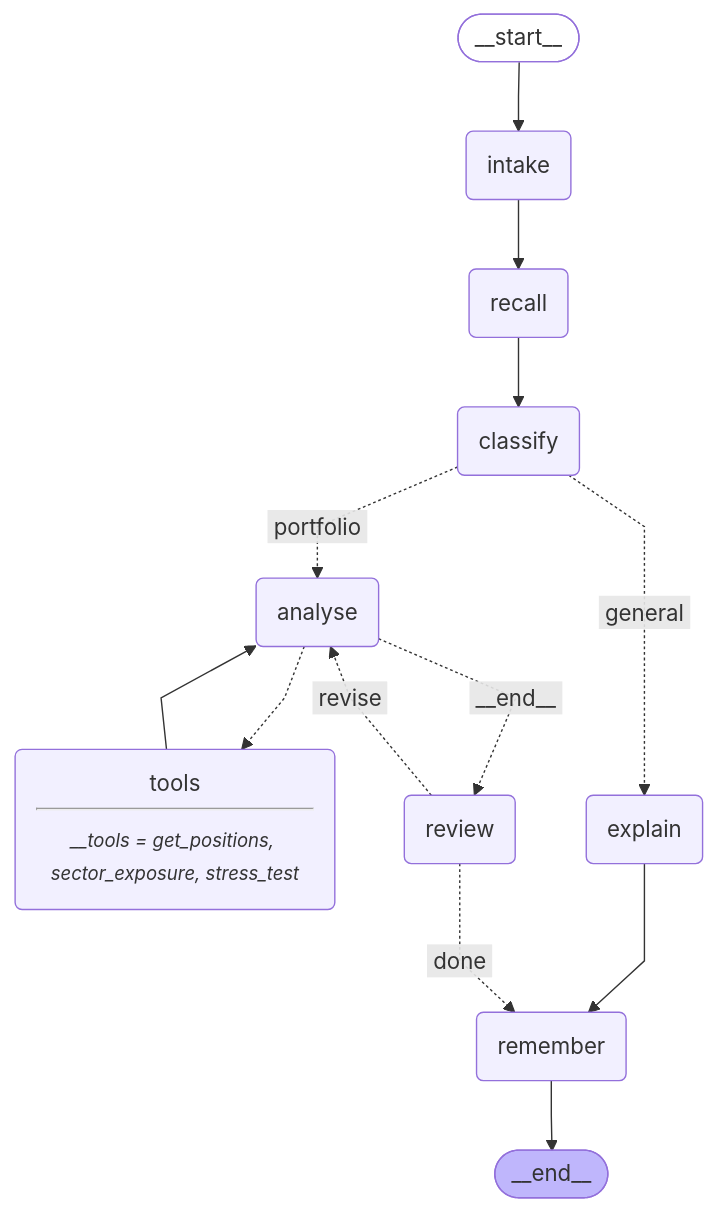
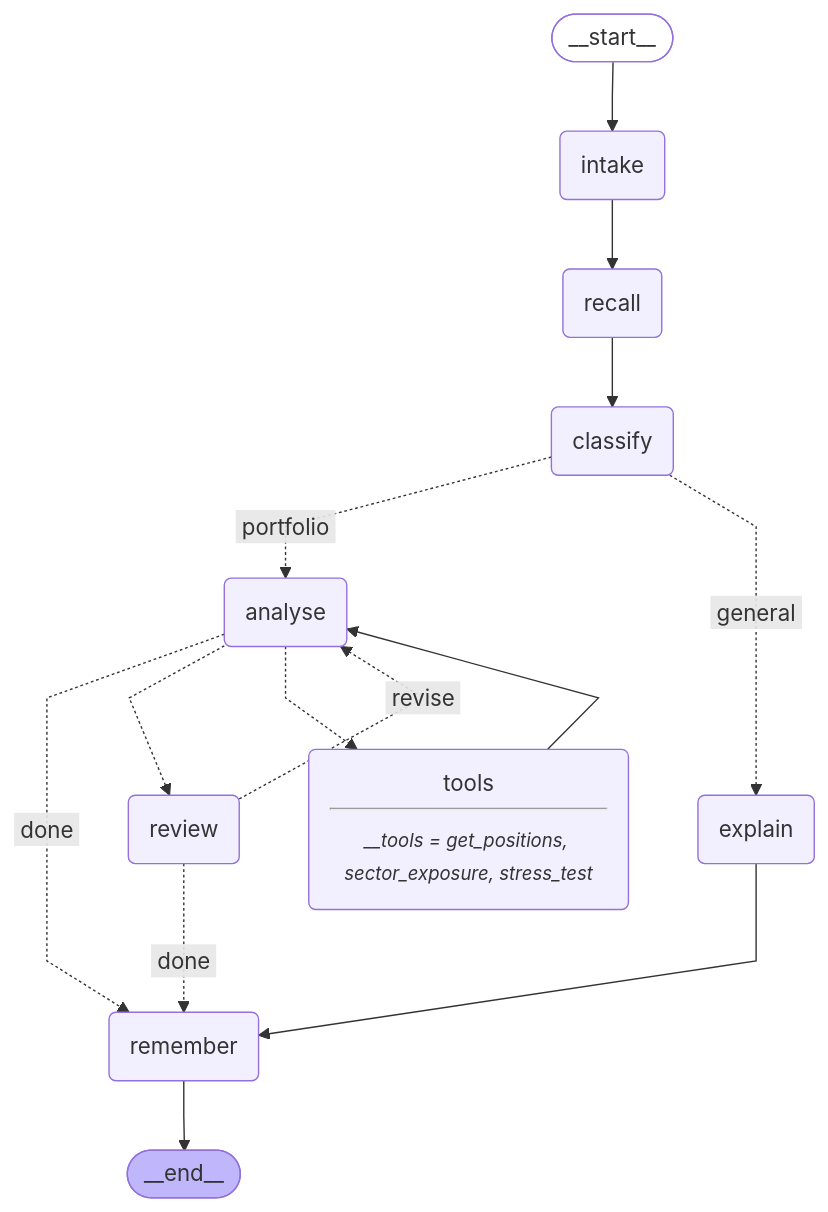
Before and after one commit to baytalhikmah2026/agentic-langgraph-fastapi-labs: the diagram in docs/research_graph.md, drawn with Mermaid. The commit also changed 10 other files, not shown here.

````diff
--- a/docs/research_graph.md
+++ b/docs/research_graph.md
@@ -5,33 +5,34 @@
 ```mermaid
 ---
 config:
   flowchart:
     curve: linear
 ---
 graph TD;
 	__start__([<p>__start__</p>]):::first
 	intake(intake)
 	recall(recall)
 	classify(classify)
 	analyse(analyse)
 	tools(tools<hr/><small><em>__tools = get_positions, sector_exposure, stress_test</em></small>)
 	explain(explain)
 	review(review)
 	remember(remember)
 	__end__([<p>__end__</p>]):::last
 	__start__ --> intake;
-	analyse -. &nbsp;__end__&nbsp; .-> review;
+	analyse -. &nbsp;done&nbsp; .-> remember;
+	analyse -.-> review;
 	analyse -.-> tools;
 	classify -. &nbsp;portfolio&nbsp; .-> analyse;
 	classify -. &nbsp;general&nbsp; .-> explain;
 	explain --> remember;
 	intake --> recall;
 	recall --> classify;
 	review -. &nbsp;revise&nbsp; .-> analyse;
 	review -. &nbsp;done&nbsp; .-> remember;
 	tools --> analyse;
 	remember --> __end__;
 	classDef default fill:#f2f0ff,line-height:1.2
 	classDef first fill-opacity:0
 	classDef last fill:#bfb6fc
 ```
````
